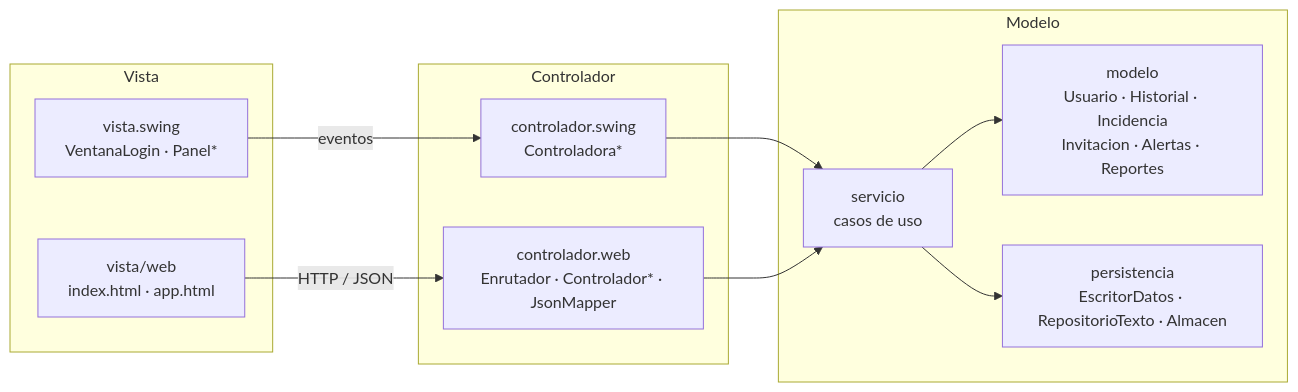
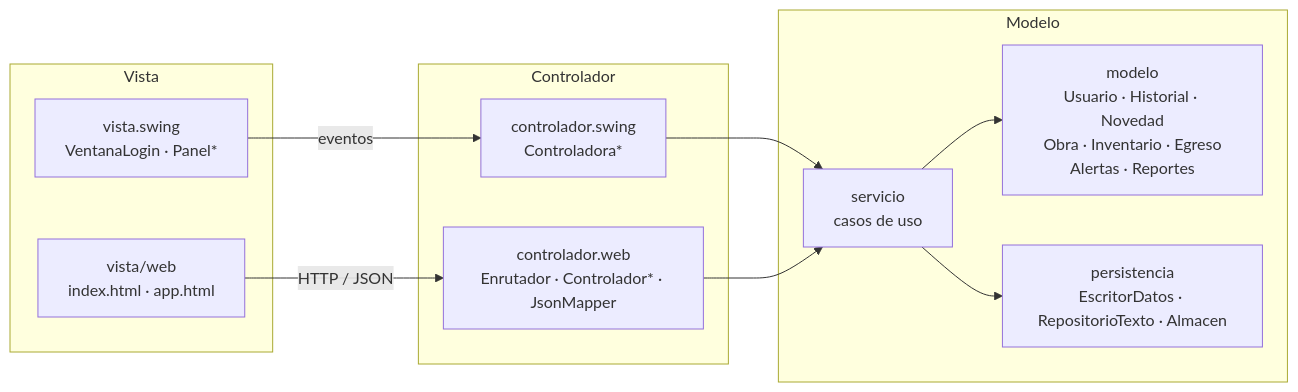
The diagram in README.md (diavolo34/Proyecto-Poo), drawn with Mermaid before and after one commit. The commit also changed other lines of this file and 98 other files, not shown here.

First line of the commit message:
docs: Sprint 10, UML, seguridad, despliegue y capturas de la refactorización

````diff
--- a/README.md
+++ b/README.md
@@ -57,22 +70,22 @@
 ```mermaid
 flowchart LR
     subgraph Vista
         SW[vista.swing<br/>VentanaLogin · Panel*]
         WEB[vista/web<br/>index.html · app.html]
     end
     subgraph Controlador
         CS[controlador.swing<br/>Controladora*]
         CW[controlador.web<br/>Enrutador · Controlador* · JsonMapper]
     end
     subgraph Modelo
         SV[servicio<br/>casos de uso]
-        MD[modelo<br/>Usuario · Historial · Incidencia<br/>Invitacion · Alertas · Reportes]
+        MD[modelo<br/>Usuario · Historial · Novedad<br/>Obra · Inventario · Egreso<br/>Alertas · Reportes]
         PE[persistencia<br/>EscritorDatos · RepositorioTexto · Almacen]
     end
     SW -- eventos --> CS
     WEB -- HTTP / JSON --> CW
     CS --> SV
     CW --> SV
     SV --> MD
     SV --> PE
 ```
````
